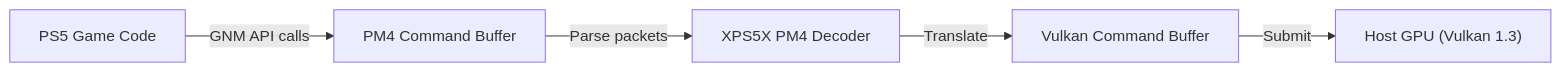
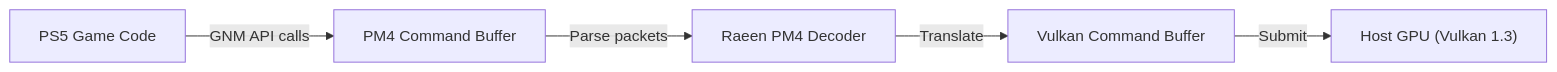
The second of 3 diagrams in implementation_plan.md (Whoisraeen/Raeen), drawn with Mermaid before and after one commit. The commit also changed other lines of this file and 440 other files, not shown here.

Commit message:
Rename XPS5X to Raeen in installer and related assets; update build scripts and Inno Setup configuration

````diff
--- a/implementation_plan.md
+++ b/implementation_plan.md
@@ -316,7 +316,7 @@
 ```mermaid
 graph LR
     A["PS5 Game Code"] -->|"GNM API calls"| B["PM4 Command Buffer"]
-    B -->|"Parse packets"| C["XPS5X PM4 Decoder"]
+    B -->|"Parse packets"| C["Raeen PM4 Decoder"]
     C -->|"Translate"| D["Vulkan Command Buffer"]
     D -->|"Submit"| E["Host GPU (Vulkan 1.3)"]
 ```
````
